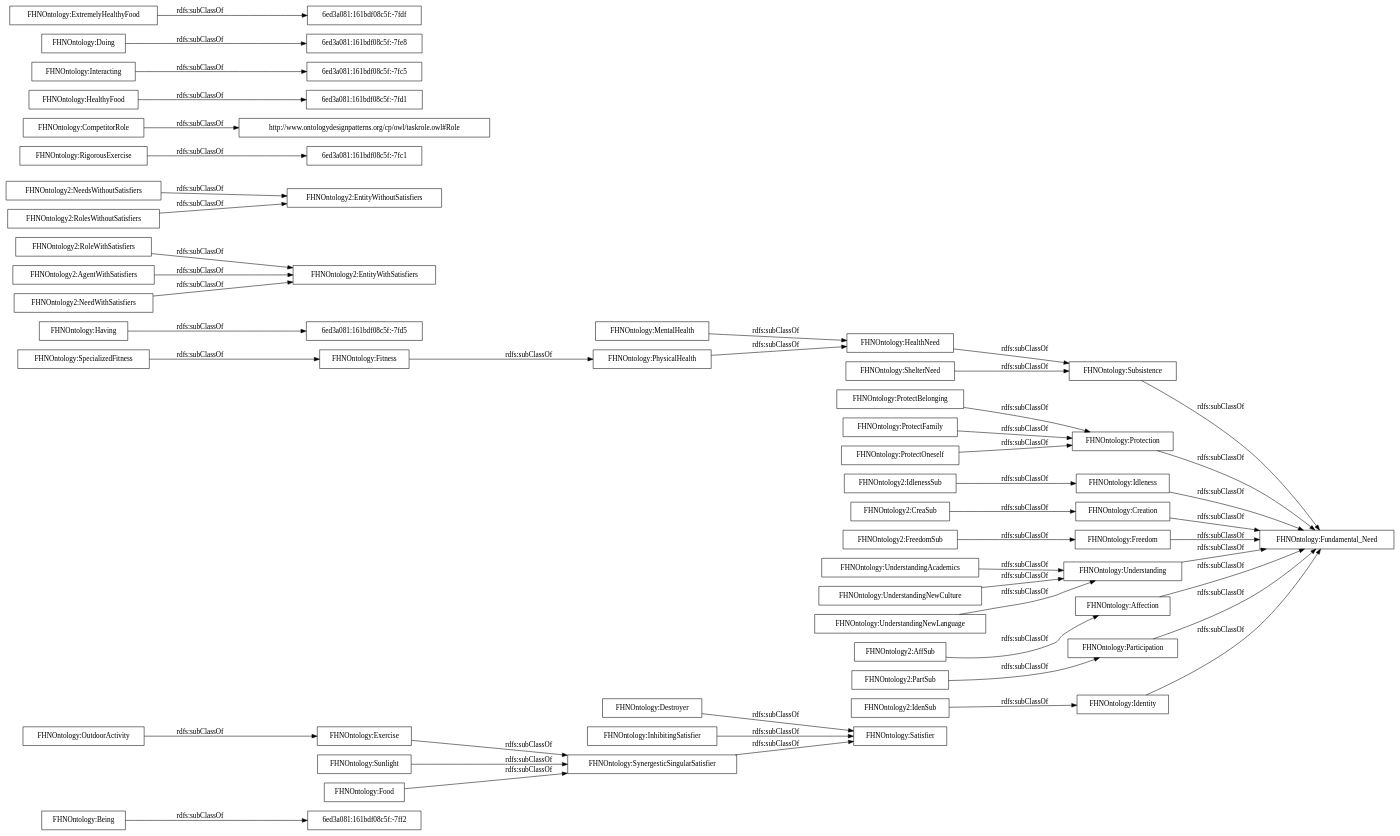
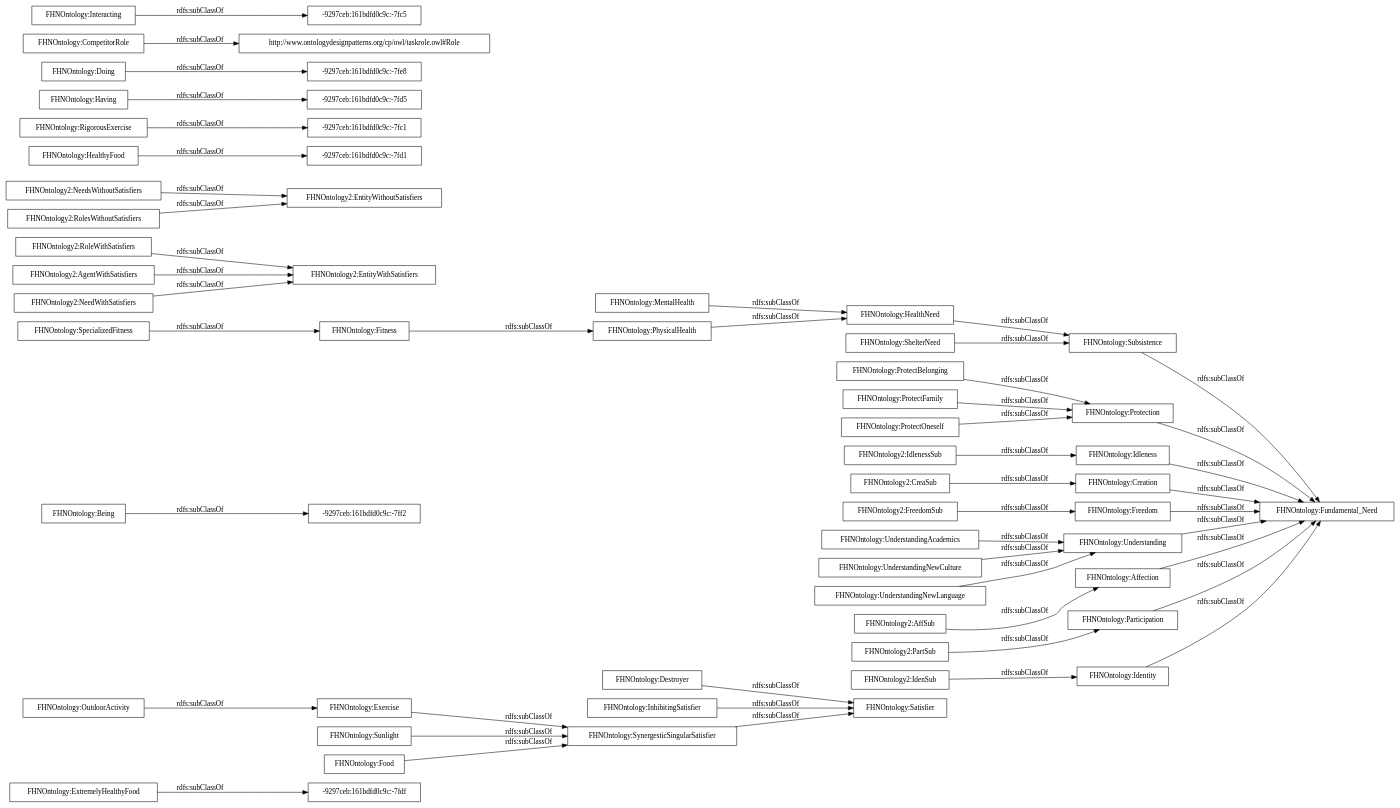
The diagram in OnToology/FHNOntology.owl/diagrams/ar2dtool-taxonomy/FHNOntology.owl.png.dot (OnToologyUser/Propsed-Ontology-Huam-Affective-States-Ontology-and-their-influences-HASIO-), drawn with Graphviz before and after one commit. The commit also changed 61 other files, not shown here.

```diff
--- a/OnToology/FHNOntology.owl/diagrams/ar2dtool-taxonomy/FHNOntology.owl.png.dot
+++ b/OnToology/FHNOntology.owl/diagrams/ar2dtool-taxonomy/FHNOntology.owl.png.dot
@@ -1,53 +1,53 @@
 digraph ar2dtool_diagram { 
 rankdir=LR;
 size="1000"
-node [shape = rectangle, color="black"]; "6ed3a081:161bdf08c5f:-7ff2" "FHNOntology:SynergesticSingularSatisfier" "FHNOntology:Identity" "6ed3a081:161bdf08c5f:-7fd5" "FHNOntology2:EntityWithSatisfiers" "FHNOntology2:FreedomSub" "FHNOntology2:NeedsWithoutSatisfiers" "FHNOntology:Exercise" "FHNOntology:ProtectBelonging" "FHNOntology:ProtectFamily" "FHNOntology:Destroyer" "FHNOntology2:IdenSub" "FHNOntology:Subsistence" "FHNOntology:OutdoorActivity" "FHNOntology2:RolesWithoutSatisfiers" "FHNOntology2:CreaSub" "FHNOntology:RigorousExercise" "FHNOntology2:PartSub" "FHNOntology2:RoleWithSatisfiers" "FHNOntology:Fitness" "FHNOntology:Protection" "6ed3a081:161bdf08c5f:-7fc1" "FHNOntology:Fundamental_Need" "FHNOntology:SpecializedFitness" "FHNOntology2:EntityWithoutSatisfiers" "FHNOntology2:IdlenessSub" "http://www.ontologydesignpatterns.org/cp/owl/taskrole.owl#Role" "FHNOntology:UnderstandingAcademics" "FHNOntology:InhibitingSatisfier" "FHNOntology:Idleness" "FHNOntology:Creation" "FHNOntology:Being" "FHNOntology:Freedom" "FHNOntology:UnderstandingNewCulture" "FHNOntology:MentalHealth" "FHNOntology:Understanding" "FHNOntology:HealthyFood" "6ed3a081:161bdf08c5f:-7fc5" "FHNOntology:Affection" "FHNOntology:Satisfier" "6ed3a081:161bdf08c5f:-7fe8" "FHNOntology2:AgentWithSatisfiers" "6ed3a081:161bdf08c5f:-7fd1" "FHNOntology:UnderstandingNewLanguage" "FHNOntology:HealthNeed" "FHNOntology2:NeedWithSatisfiers" "FHNOntology:PhysicalHealth" "FHNOntology:Doing" "FHNOntology:Interacting" "6ed3a081:161bdf08c5f:-7fdf" "FHNOntology2:AffSub" "FHNOntology:ShelterNeed" "FHNOntology:CompetitorRole" "FHNOntology:Having" "FHNOntology:ProtectOneself" "FHNOntology:Sunlight" "FHNOntology:Food" "FHNOntology:Participation" "FHNOntology:ExtremelyHealthyFood" ; /*classes style*/
-	"FHNOntology:Interacting" -> "6ed3a081:161bdf08c5f:-7fc5" [ label = "rdfs:subClassOf" ];
+node [shape = rectangle, color="black"]; "-9297ceb:161bdfd0c9c:-7fdf" "FHNOntology:SynergesticSingularSatisfier" "-9297ceb:161bdfd0c9c:-7ff2" "FHNOntology:Identity" "FHNOntology2:EntityWithSatisfiers" "FHNOntology2:FreedomSub" "FHNOntology2:NeedsWithoutSatisfiers" "-9297ceb:161bdfd0c9c:-7fd1" "FHNOntology:Exercise" "FHNOntology:ProtectBelonging" "FHNOntology:ProtectFamily" "FHNOntology:Destroyer" "FHNOntology2:IdenSub" "FHNOntology:Subsistence" "FHNOntology:OutdoorActivity" "FHNOntology2:RolesWithoutSatisfiers" "FHNOntology2:CreaSub" "-9297ceb:161bdfd0c9c:-7fc1" "FHNOntology:RigorousExercise" "FHNOntology2:PartSub" "FHNOntology2:RoleWithSatisfiers" "FHNOntology:Fitness" "FHNOntology:Protection" "FHNOntology:Fundamental_Need" "FHNOntology:SpecializedFitness" "-9297ceb:161bdfd0c9c:-7fd5" "-9297ceb:161bdfd0c9c:-7fe8" "FHNOntology2:EntityWithoutSatisfiers" "FHNOntology2:IdlenessSub" "http://www.ontologydesignpatterns.org/cp/owl/taskrole.owl#Role" "FHNOntology:UnderstandingAcademics" "FHNOntology:InhibitingSatisfier" "FHNOntology:Idleness" "FHNOntology:Creation" "FHNOntology:Being" "FHNOntology:UnderstandingNewCulture" "FHNOntology:Freedom" "FHNOntology:Understanding" "FHNOntology:MentalHealth" "FHNOntology:HealthyFood" "FHNOntology:Affection" "-9297ceb:161bdfd0c9c:-7fc5" "FHNOntology:Satisfier" "FHNOntology2:AgentWithSatisfiers" "FHNOntology:UnderstandingNewLanguage" "FHNOntology:HealthNeed" "FHNOntology2:NeedWithSatisfiers" "FHNOntology:PhysicalHealth" "FHNOntology:Doing" "FHNOntology:Interacting" "FHNOntology2:AffSub" "FHNOntology:ShelterNeed" "FHNOntology:CompetitorRole" "FHNOntology:Having" "FHNOntology:ProtectOneself" "FHNOntology:Sunlight" "FHNOntology:Food" "FHNOntology:Participation" "FHNOntology:ExtremelyHealthyFood" ; /*classes style*/
+	"FHNOntology:Interacting" -> "-9297ceb:161bdfd0c9c:-7fc5" [ label = "rdfs:subClassOf" ];
 	"FHNOntology:UnderstandingNewCulture" -> "FHNOntology:Understanding" [ label = "rdfs:subClassOf" ];
 	"FHNOntology:PhysicalHealth" -> "FHNOntology:HealthNeed" [ label = "rdfs:subClassOf" ];
 	"FHNOntology:Creation" -> "FHNOntology:Fundamental_Need" [ label = "rdfs:subClassOf" ];
 	"FHNOntology:Exercise" -> "FHNOntology:SynergesticSingularSatisfier" [ label = "rdfs:subClassOf" ];
 	"FHNOntology:Food" -> "FHNOntology:SynergesticSingularSatisfier" [ label = "rdfs:subClassOf" ];
 	"FHNOntology:Affection" -> "FHNOntology:Fundamental_Need" [ label = "rdfs:subClassOf" ];
 	"FHNOntology:Identity" -> "FHNOntology:Fundamental_Need" [ label = "rdfs:subClassOf" ];
 	"FHNOntology:UnderstandingAcademics" -> "FHNOntology:Understanding" [ label = "rdfs:subClassOf" ];
 	"FHNOntology2:FreedomSub" -> "FHNOntology:Freedom" [ label = "rdfs:subClassOf" ];
 	"FHNOntology2:RolesWithoutSatisfiers" -> "FHNOntology2:EntityWithoutSatisfiers" [ label = "rdfs:subClassOf" ];
 	"FHNOntology:InhibitingSatisfier" -> "FHNOntology:Satisfier" [ label = "rdfs:subClassOf" ];
-	"FHNOntology:Being" -> "6ed3a081:161bdf08c5f:-7ff2" [ label = "rdfs:subClassOf" ];
+	"FHNOntology:Being" -> "-9297ceb:161bdfd0c9c:-7ff2" [ label = "rdfs:subClassOf" ];
 	"FHNOntology2:NeedWithSatisfiers" -> "FHNOntology2:EntityWithSatisfiers" [ label = "rdfs:subClassOf" ];
 	"FHNOntology:Subsistence" -> "FHNOntology:Fundamental_Need" [ label = "rdfs:subClassOf" ];
 	"FHNOntology:Participation" -> "FHNOntology:Fundamental_Need" [ label = "rdfs:subClassOf" ];
-	"FHNOntology:Doing" -> "6ed3a081:161bdf08c5f:-7fe8" [ label = "rdfs:subClassOf" ];
+	"FHNOntology:Doing" -> "-9297ceb:161bdfd0c9c:-7fe8" [ label = "rdfs:subClassOf" ];
 	"FHNOntology:SpecializedFitness" -> "FHNOntology:Fitness" [ label = "rdfs:subClassOf" ];
 	"FHNOntology:ShelterNeed" -> "FHNOntology:Subsistence" [ label = "rdfs:subClassOf" ];
 	"FHNOntology:Understanding" -> "FHNOntology:Fundamental_Need" [ label = "rdfs:subClassOf" ];
 	"FHNOntology:Fitness" -> "FHNOntology:PhysicalHealth" [ label = "rdfs:subClassOf" ];
 	"FHNOntology:UnderstandingNewLanguage" -> "FHNOntology:Understanding" [ label = "rdfs:subClassOf" ];
 	"FHNOntology:Destroyer" -> "FHNOntology:Satisfier" [ label = "rdfs:subClassOf" ];
 	"FHNOntology2:RoleWithSatisfiers" -> "FHNOntology2:EntityWithSatisfiers" [ label = "rdfs:subClassOf" ];
 	"FHNOntology:CompetitorRole" -> "http://www.ontologydesignpatterns.org/cp/owl/taskrole.owl#Role" [ label = "rdfs:subClassOf" ];
 	"FHNOntology:ProtectFamily" -> "FHNOntology:Protection" [ label = "rdfs:subClassOf" ];
 	"FHNOntology:MentalHealth" -> "FHNOntology:HealthNeed" [ label = "rdfs:subClassOf" ];
 	"FHNOntology2:AgentWithSatisfiers" -> "FHNOntology2:EntityWithSatisfiers" [ label = "rdfs:subClassOf" ];
 	"FHNOntology2:PartSub" -> "FHNOntology:Participation" [ label = "rdfs:subClassOf" ];
 	"FHNOntology2:NeedsWithoutSatisfiers" -> "FHNOntology2:EntityWithoutSatisfiers" [ label = "rdfs:subClassOf" ];
 	"FHNOntology:Protection" -> "FHNOntology:Fundamental_Need" [ label = "rdfs:subClassOf" ];
 	"FHNOntology2:IdlenessSub" -> "FHNOntology:Idleness" [ label = "rdfs:subClassOf" ];
 	"FHNOntology:ProtectOneself" -> "FHNOntology:Protection" [ label = "rdfs:subClassOf" ];
 	"FHNOntology2:IdenSub" -> "FHNOntology:Identity" [ label = "rdfs:subClassOf" ];
 	"FHNOntology2:AffSub" -> "FHNOntology:Affection" [ label = "rdfs:subClassOf" ];
 	"FHNOntology:SynergesticSingularSatisfier" -> "FHNOntology:Satisfier" [ label = "rdfs:subClassOf" ];
 	"FHNOntology:OutdoorActivity" -> "FHNOntology:Exercise" [ label = "rdfs:subClassOf" ];
 	"FHNOntology:Freedom" -> "FHNOntology:Fundamental_Need" [ label = "rdfs:subClassOf" ];
 	"FHNOntology:HealthNeed" -> "FHNOntology:Subsistence" [ label = "rdfs:subClassOf" ];
 	"FHNOntology2:CreaSub" -> "FHNOntology:Creation" [ label = "rdfs:subClassOf" ];
-	"FHNOntology:RigorousExercise" -> "6ed3a081:161bdf08c5f:-7fc1" [ label = "rdfs:subClassOf" ];
-	"FHNOntology:ExtremelyHealthyFood" -> "6ed3a081:161bdf08c5f:-7fdf" [ label = "rdfs:subClassOf" ];
-	"FHNOntology:Having" -> "6ed3a081:161bdf08c5f:-7fd5" [ label = "rdfs:subClassOf" ];
+	"FHNOntology:RigorousExercise" -> "-9297ceb:161bdfd0c9c:-7fc1" [ label = "rdfs:subClassOf" ];
+	"FHNOntology:ExtremelyHealthyFood" -> "-9297ceb:161bdfd0c9c:-7fdf" [ label = "rdfs:subClassOf" ];
+	"FHNOntology:Having" -> "-9297ceb:161bdfd0c9c:-7fd5" [ label = "rdfs:subClassOf" ];
 	"FHNOntology:Idleness" -> "FHNOntology:Fundamental_Need" [ label = "rdfs:subClassOf" ];
 	"FHNOntology:ProtectBelonging" -> "FHNOntology:Protection" [ label = "rdfs:subClassOf" ];
 	"FHNOntology:Sunlight" -> "FHNOntology:SynergesticSingularSatisfier" [ label = "rdfs:subClassOf" ];
-	"FHNOntology:HealthyFood" -> "6ed3a081:161bdf08c5f:-7fd1" [ label = "rdfs:subClassOf" ];
+	"FHNOntology:HealthyFood" -> "-9297ceb:161bdfd0c9c:-7fd1" [ label = "rdfs:subClassOf" ];
 
 }
```
